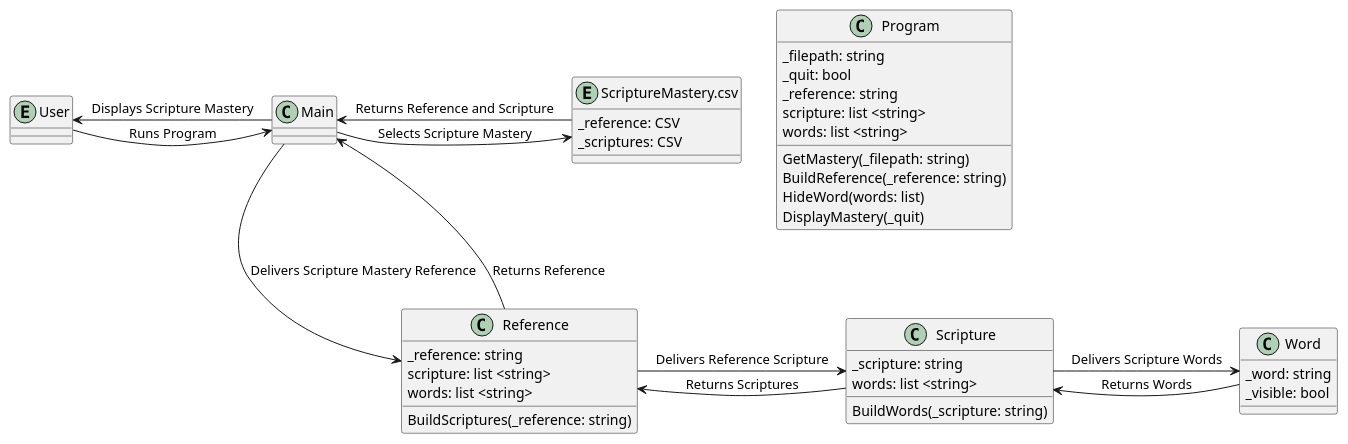
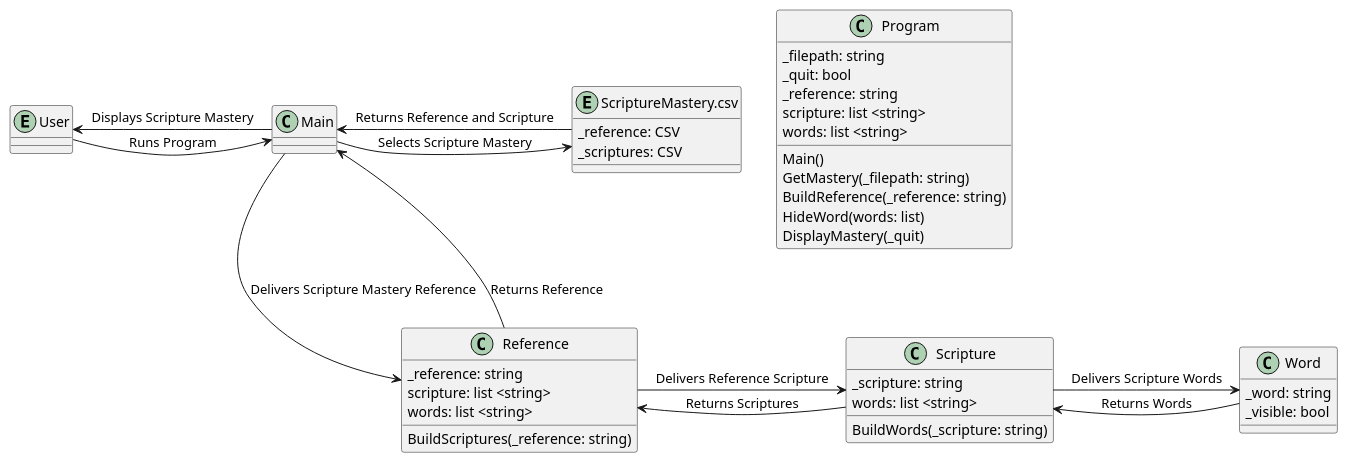
Before and after one commit to hwalkermerrill/cse210-programming-with-classes: the diagram in prove/Develop03/classUML.wsd, drawn with PlantUML. The commit also changed 4 other files, not shown here.

```diff
--- a/prove/Develop03/classUML.wsd
+++ b/prove/Develop03/classUML.wsd
@@ -1,54 +1,55 @@
 @startuml
 entity User
 entity "ScriptureMastery.csv" as CSVFile {
   _reference: CSV
   _scriptures: CSV
 }
 
 class Program {
   _filepath: string
   _quit: bool
   _reference: string
   scripture: list <string>
   words: list <string>
+  Main()
   GetMastery(_filepath: string)
   BuildReference(_reference: string)
   HideWord(words: list)
   DisplayMastery(_quit)
 }
 
 class Reference {
   _reference: string
   scripture: list <string>
   words: list <string>
   BuildScriptures(_reference: string)
 }
 
 class Scripture {
   _scripture: string
   words: list <string>
   BuildWords(_scripture: string)
 }
 
 class Word {
   _word: string
   _visible: bool
 }
 
 User -> Main: Runs Program
 User <-- Main: Displays Scripture Mastery
 
 Main -> CSVFile: Selects Scripture Mastery
 Main <-- CSVFile: Returns Reference and Scripture
 
 CSVFile -[hidden]-> Reference
 
 Main -> Reference: Delivers Scripture Mastery Reference
 Main <-- Reference: Returns Reference
 
 Reference -> Scripture: Delivers Reference Scripture
 Reference <-- Scripture: Returns Scriptures
 
 Scripture -> Word: Delivers Scripture Words
 Scripture <-- Word: Returns Words
 @enduml
```
